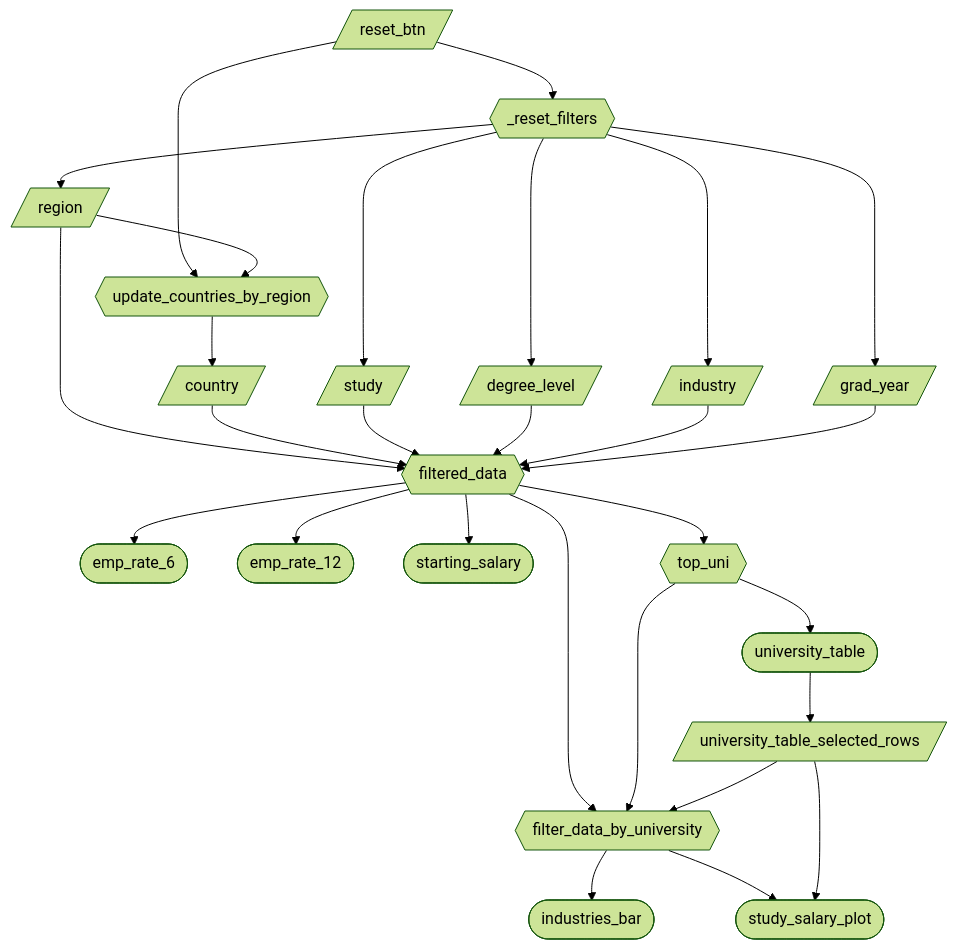
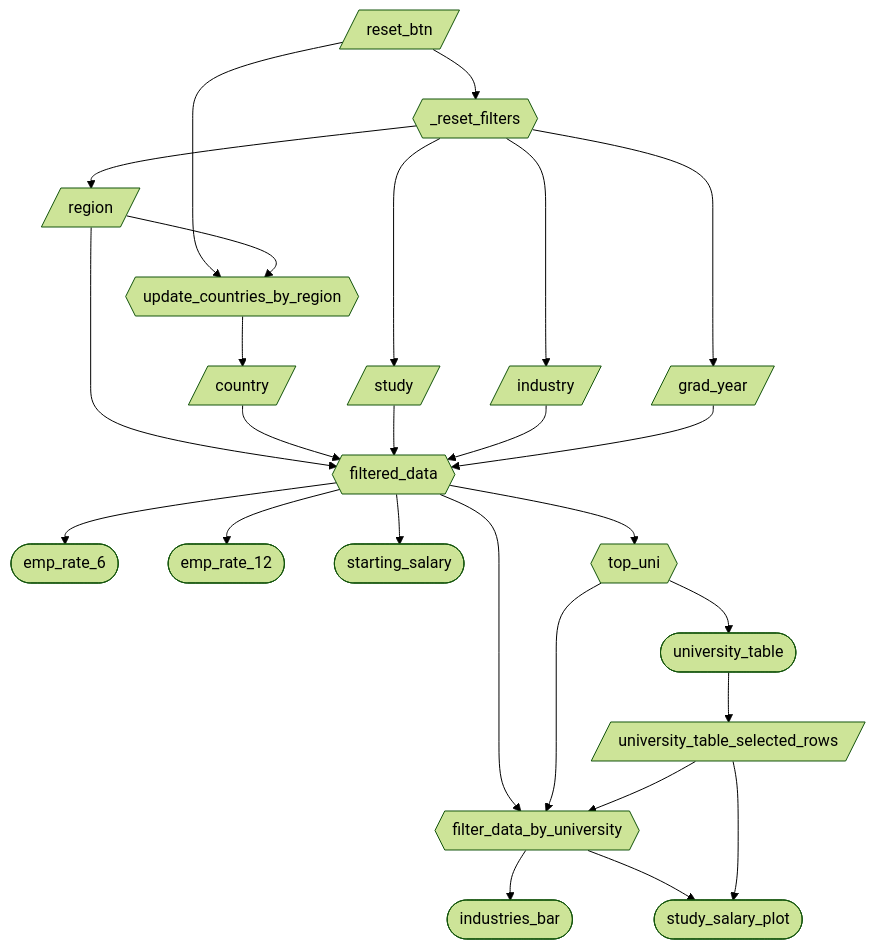
Before and after one commit to UBC-MDS/DSCI-532_2026_12_GradSkills: the diagram in reports/m2_specs.md, drawn with Mermaid (forest theme). The commit also changed other lines of this file, not shown here.

Commit message:
fix: removed degree_level from the doc

````diff
--- a/reports/m2_specs.md
+++ b/reports/m2_specs.md
@@ -41,17 +40,17 @@
 ```mermaid
 flowchart TD
-  region[/region/] & country[/country/] & study[/study/] & degree_level[/degree_level/] & industry[/industry/] & grad_year[/grad_year/] --> filtered_data{{filtered_data}}
+  region[/region/] & country[/country/] & study[/study/] & industry[/industry/] & grad_year[/grad_year/] --> filtered_data{{filtered_data}}
 
   reset_btn[/reset_btn/] --> _reset_filters{{_reset_filters}}
   reset_btn[/reset_btn/] --> update_countries_by_region{{update_countries_by_region}}
   region[/region/] --> update_countries_by_region
-  _reset_filters --> region & study & industry & grad_year & degree_level
+  _reset_filters --> region & study & industry & grad_year
   update_countries_by_region --> country
 
   filtered_data --> emp_rate_6([emp_rate_6]) & emp_rate_12([emp_rate_12]) & starting_salary([starting_salary]) & top_uni{{top_uni}}
   top_uni --> university_table([university_table]) --> university_table_selected_rows[/university_table_selected_rows/]
 
   filtered_data & top_uni & university_table_selected_rows --> filter_data_by_university{{filter_data_by_university}}
   filter_data_by_university --> industries_bar([industries_bar]) & study_salary_plot([study_salary_plot])
   university_table_selected_rows --> study_salary_plot
 ```
````
